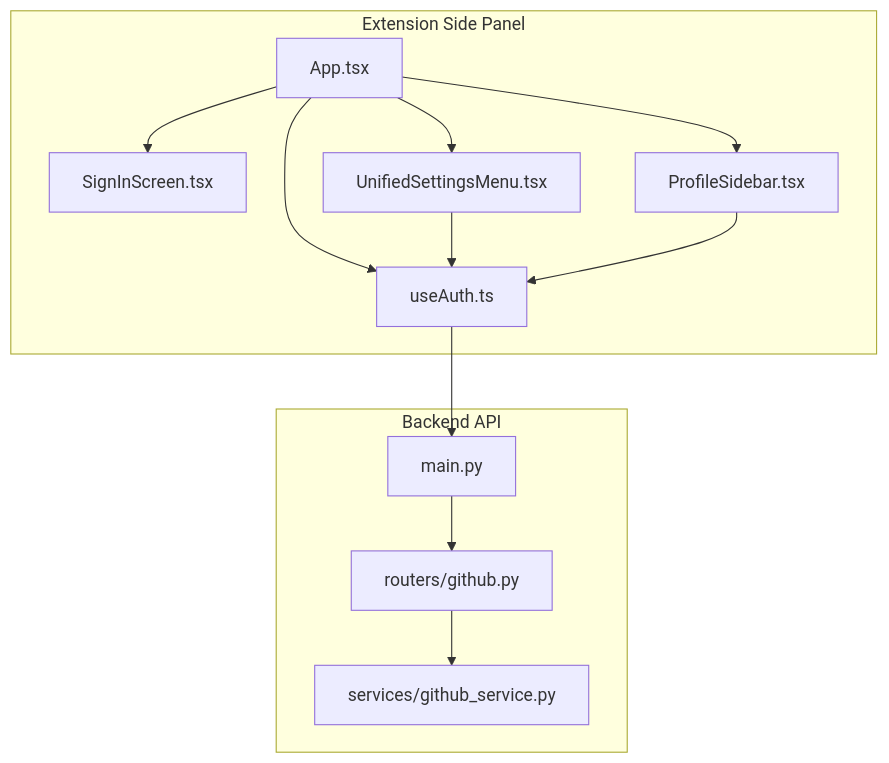
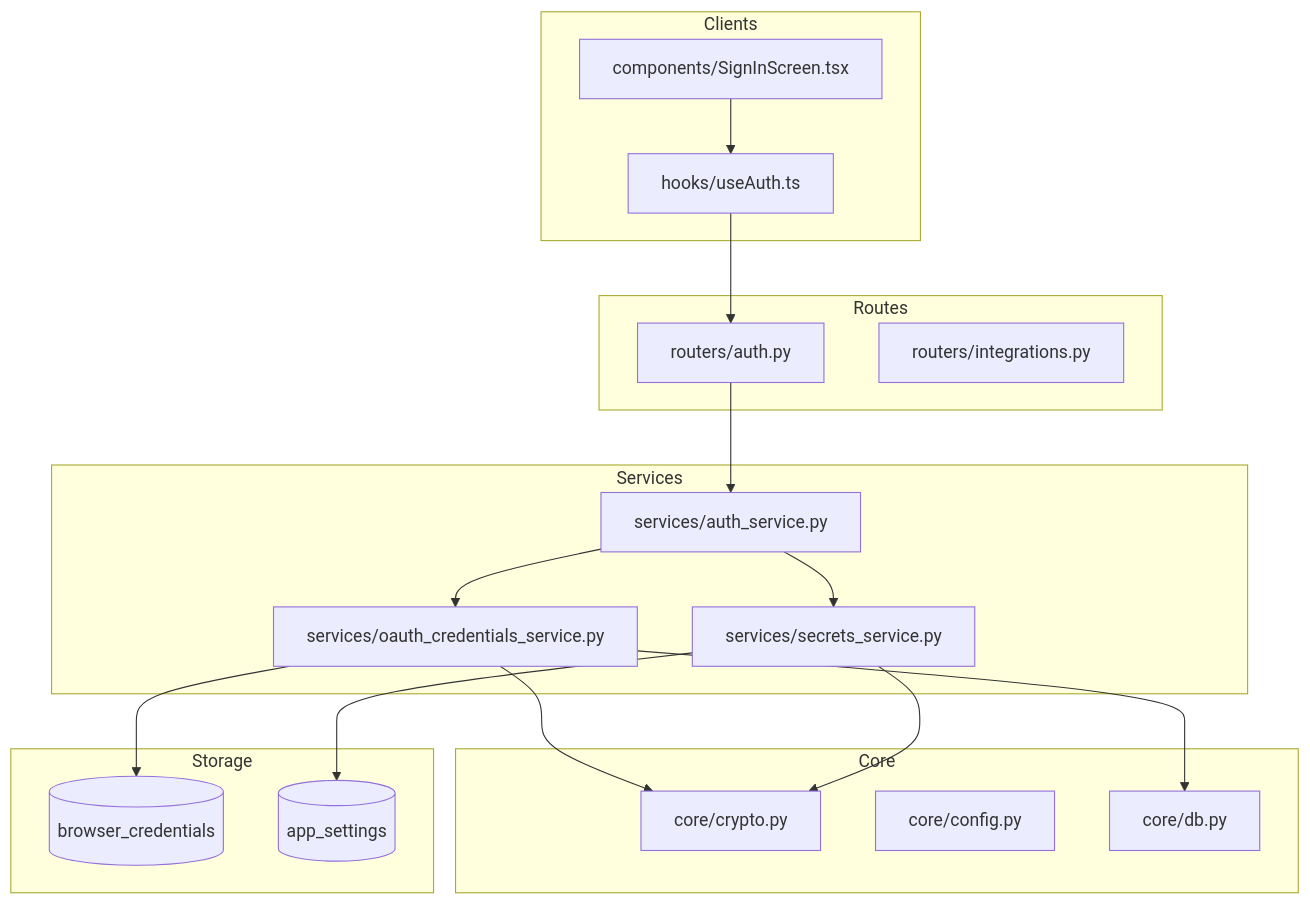
The first of 6 diagrams in src/data/docs/agentic-browser/Browser Extension/Authentication System.md (tashifkhan/tashif.codes), drawn with Mermaid before and after one commit. The commit also changed other lines of this file and 114 other files, not shown here.

````diff
--- a/src/data/docs/agentic-browser/Browser Extension/Authentication System.md
+++ b/src/data/docs/agentic-browser/Browser Extension/Authentication System.md
@@ -14,24 +17,35 @@
 ```mermaid
 graph TB
-subgraph "Extension Side Panel"
-A_App["App.tsx"]
-A_SignIn["SignInScreen.tsx"]
-A_Hook["useAuth.ts"]
-A_Profile["ProfileSidebar.tsx"]
-A_Settings["UnifiedSettingsMenu.tsx"]
-end
-subgraph "Backend API"
-B_API["main.py"]
-B_Router["routers/github.py"]
-B_Service["services/github_service.py"]
-end
-A_App --> A_SignIn
-A_App --> A_Settings
-A_App --> A_Profile
-A_App --> A_Hook
-A_Hook --> B_API
-A_Settings --> A_Hook
-A_Profile --> A_Hook
-B_API --> B_Router
-B_Router --> B_Service
+  subgraph Routes
+    AUTH["routers/auth.py"]
+    INT["routers/integrations.py"]
+  end
+  subgraph Services
+    AS["services/auth_service.py"]
+    OC["services/oauth_credentials_service.py"]
+    SEC["services/secrets_service.py"]
+  end
+  subgraph Core
+    CR["core/crypto.py"]
+    CFG["core/config.py"]
+    DB["core/db.py"]
+  end
+  subgraph Storage
+    CRED[("browser_credentials")]
+    SET[("app_settings")]
+  end
+  subgraph Clients
+    UA["hooks/useAuth.ts"]
+    SI["components/SignInScreen.tsx"]
+  end
+  UA --> AUTH
+  SI --> UA
+  AUTH --> AS
+  AS --> OC
+  AS --> SEC
+  OC --> CR
+  OC --> DB
+  OC --> CRED
+  SEC --> SET
+  SEC --> CR
 ```
````
